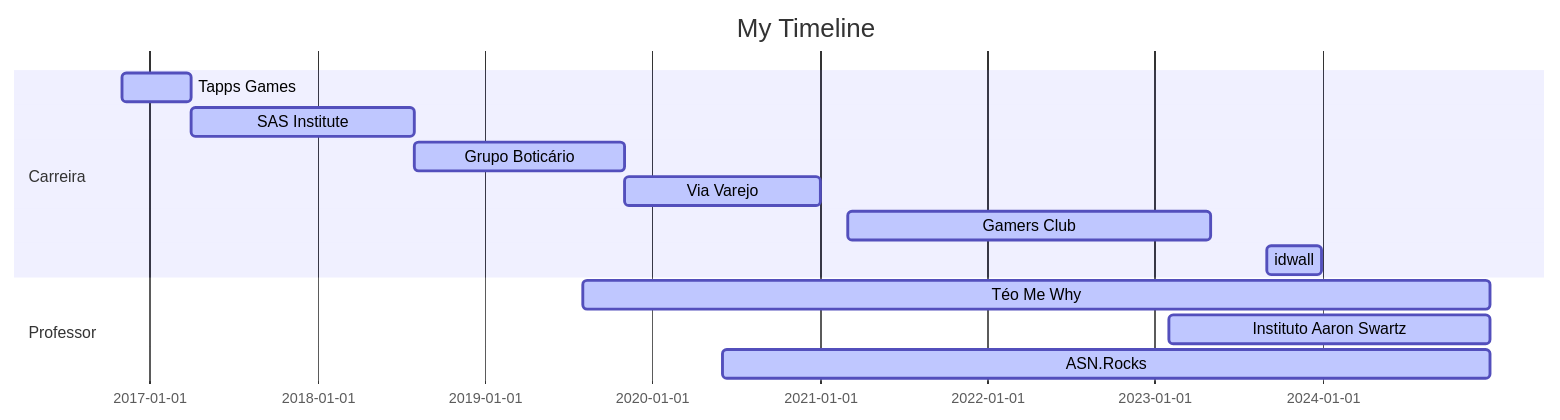
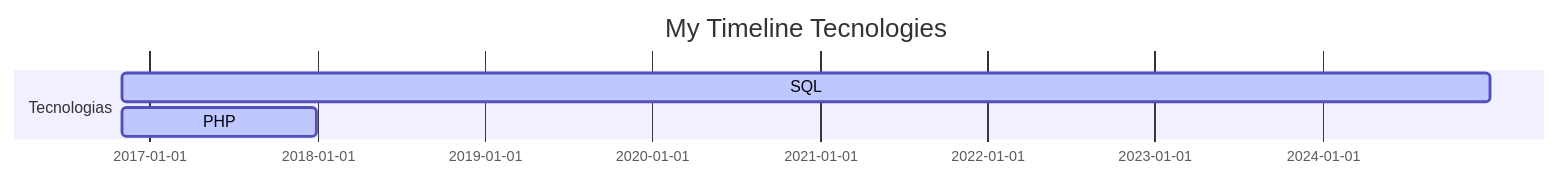
One commit to ArturAlvesC/ArturAlvesC changed the diagram in README.md. Above: the diagram before and after it, drawn with Mermaid.

````diff
--- a/README.md
+++ b/README.md
@@ -6,19 +6,9 @@
 ```mermaid
-
 gantt
 dateFormat  YYYY-MM-DD
-title My Timeline
+title My Timeline Tecnologies
 
-section Carreira
-Tapps Games           :active,, 2016-11-01,2017-04-01
-SAS Institute         :active,, 2017-04-01,2018-08-01
-Grupo Boticário       :active,, 2018-08-01,2019-11-01
-Via Varejo            :active,, 2019-11-01,2021-01-01
-Gamers Club           :active,, 2021-03-01,2023-05-01
-idwall                :active,, 2023-09-01,2023-12-31
-
-section Professor
-Téo Me Why             :active,, 2019-08-01,2024-12-31
-Instituto Aaron Swartz :active,, 2023-02-01,2024-12-31
-ASN.Rocks              :active,, 2020-06-01,2024-12-31
+section Tecnologias
+SQL           :active,, 2016-11-01,2024-12-31
+PHP           :active,, 2016-11-01,2017-12-31
 ```
````
